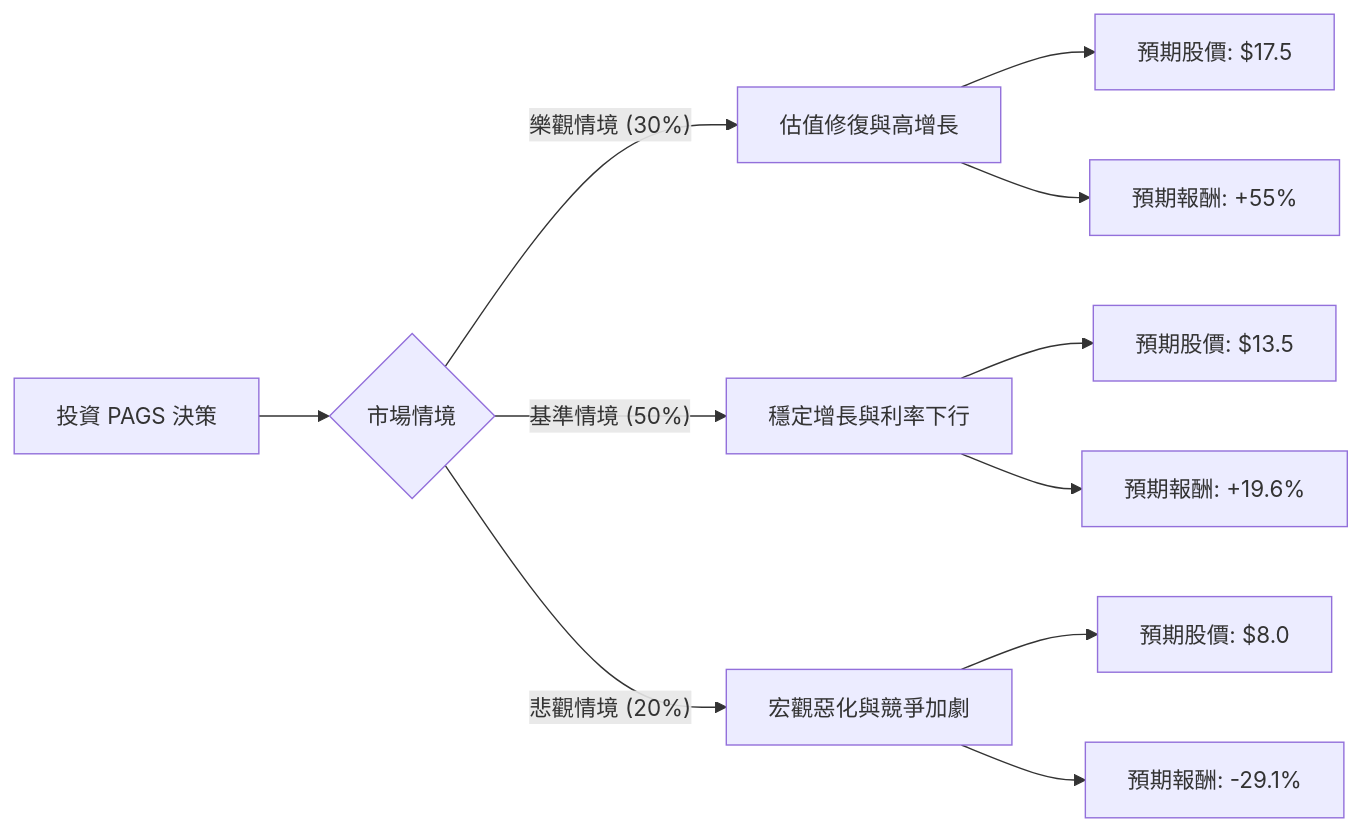
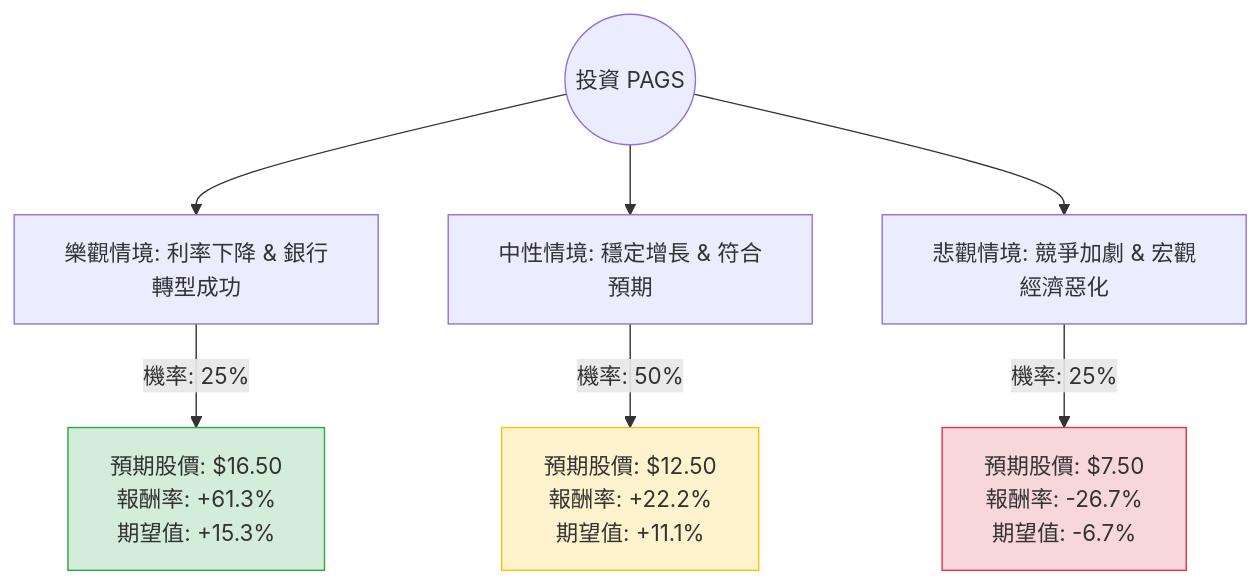
Before and after one commit to zmcx16/zmcx16.github.io: the diagram in plugin-react/ai-analysis/ev-analysis/PAGS.md, drawn with Mermaid. The commit also changed other lines of this file and 73 other files, not shown here.

````diff
--- a/plugin-react/ai-analysis/ev-analysis/PAGS.md
+++ b/plugin-react/ai-analysis/ev-analysis/PAGS.md
@@ -19,17 +9,14 @@
 ```mermaid
-graph LR
-    A[投資 PAGS 決策] --> B{市場情境}
-    
-    B -- 樂觀情境 (30%) --> C[估值修復與高增長]
-    B -- 基準情境 (50%) --> D[穩定增長與利率下行]
-    B -- 悲觀情境 (20%) --> E[宏觀惡化與競爭加劇]
+graph TD
+    Start((投資 PAGS)) --> Bull[樂觀情境: 利率下降 & 銀行轉型成功]
+    Start --> Base[中性情境: 穩定增長 & 符合預期]
+    Start --> Bear[悲觀情境: 競爭加劇 & 宏觀經濟惡化]
 
-    C --> C1[預期股價: $17.5]
-    C --> C2[預期報酬: +55%]
-    
-    D --> D1[預期股價: $13.5]
-    D --> D2[預期報酬: +19.6%]
-    
-    E --> E1[預期股價: $8.0]
-    E --> E2[預期報酬: -29.1%]
+    Bull -- "機率: 25%" --> BullVal["預期股價: $16.50<br/>報酬率: +61.3%<br/>期望值: +15.3%"]
+    Base -- "機率: 50%" --> BaseVal["預期股價: $12.50<br/>報酬率: +22.2%<br/>期望值: +11.1%"]
+    Bear -- "機率: 25%" --> BearVal["預期股價: $7.50<br/>報酬率: -26.7%<br/>期望值: -6.7%"]
+
+    style BullVal fill:#d4edda,stroke:#28a745
+    style BaseVal fill:#fff3cd,stroke:#ffc107
+    style BearVal fill:#f8d7da,stroke:#dc3545
 ```
````
